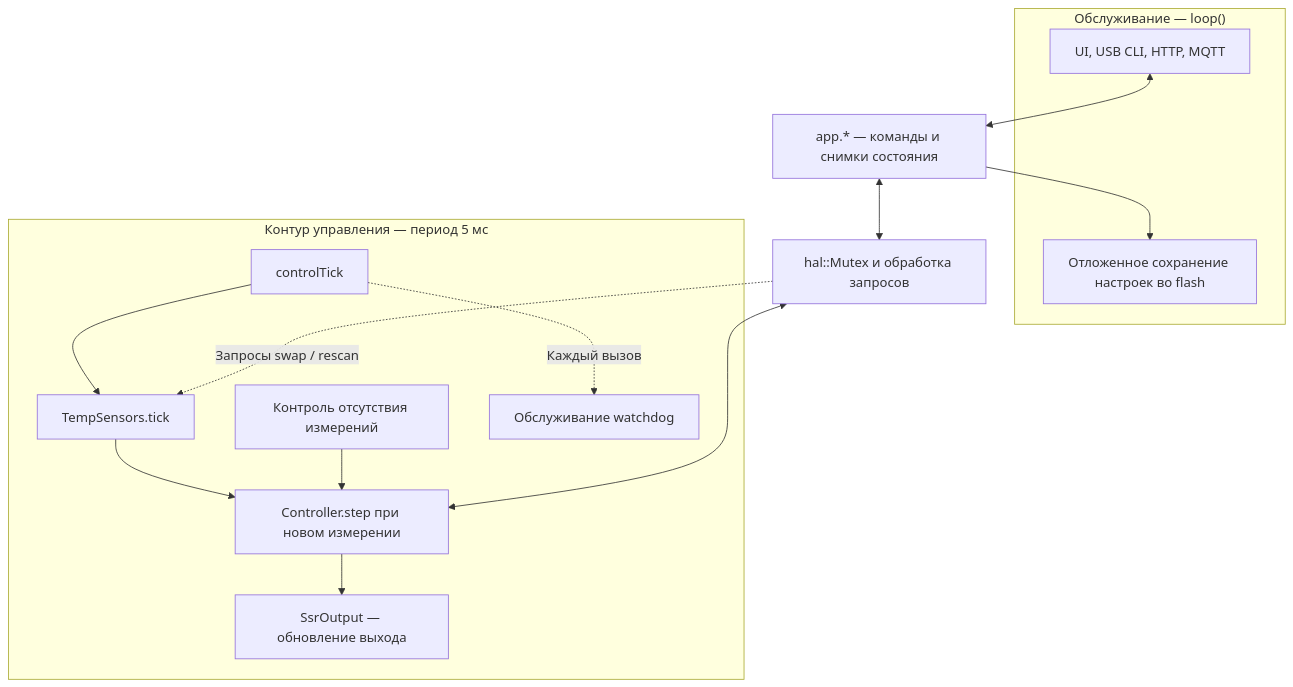
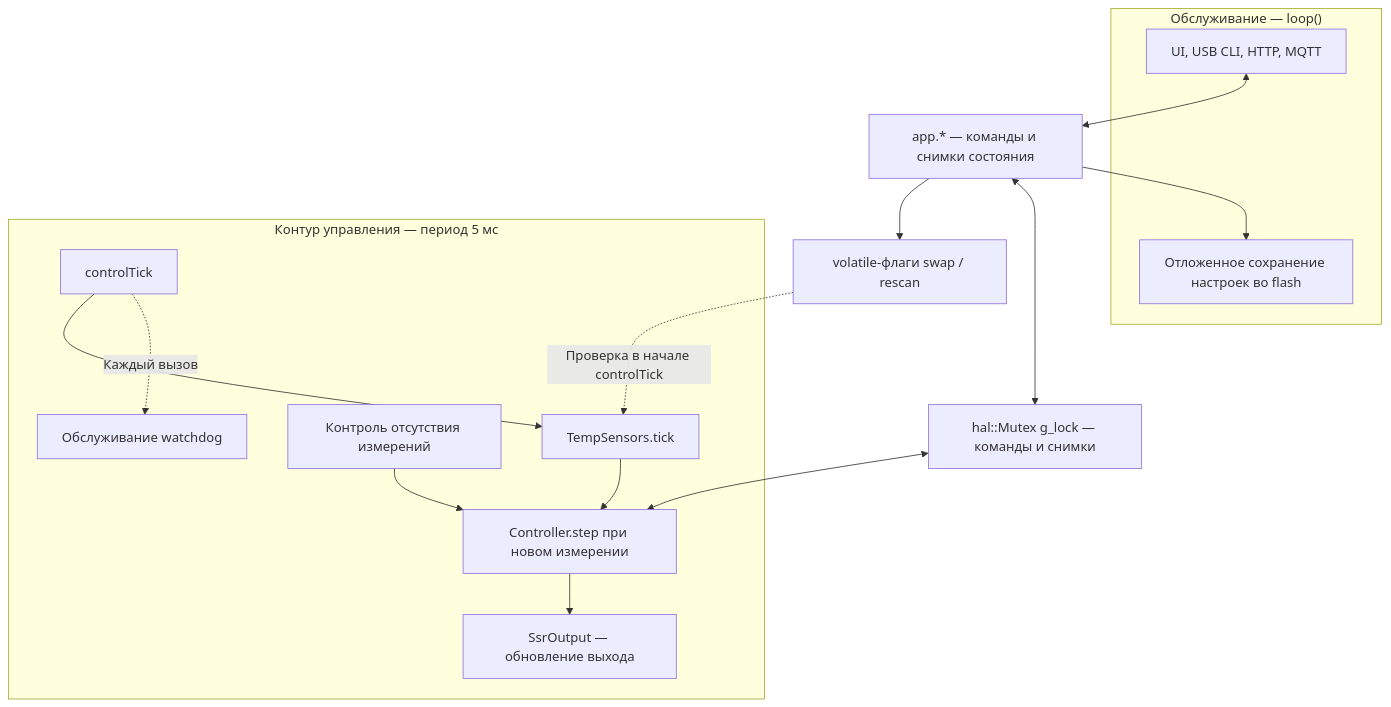
One commit to vicgor/paraffin-pid changed the first of 2 diagrams in docs/architecture.md. Above: the diagram before and after it, drawn with Mermaid. The commit also changed other lines of this file, not shown here.

Commit message:
docs: show swap/rescan as volatile flags in architecture diagram

````diff
--- a/docs/architecture.md
+++ b/docs/architecture.md
@@ -9,32 +9,34 @@
 ```mermaid
 flowchart TB
     subgraph Service["Обслуживание — loop()"]
         Clients["UI, USB CLI, HTTP, MQTT"]
         Store["Отложенное сохранение настроек во flash"]
     end
 
     API["app.* — команды и снимки состояния"]
-    Sync["hal::Mutex и обработка запросов"]
+    Sync["hal::Mutex g_lock — команды и снимки"]
+    Flags["volatile-флаги swap / rescan"]
 
     Clients <--> API
     API <--> Sync
+    API --> Flags
     API --> Store
 
     subgraph Control["Контур управления — период 5 мс"]
         Tick["controlTick"]
         Sensors["TempSensors.tick"]
         Controller["Controller.step при новом измерении"]
         Timeout["Контроль отсутствия измерений"]
         SSR["SsrOutput — обновление выхода"]
         WDT["Обслуживание watchdog"]
 
         Tick -. "Каждый вызов" .-> WDT
         Tick --> Sensors
         Sensors --> Controller
         Timeout --> Controller
         Controller --> SSR
     end
 
     Sync <--> Controller
-    Sync -. "Запросы swap / rescan" .-> Sensors
+    Flags -. "Проверка в начале controlTick" .-> Sensors
 ```
````
